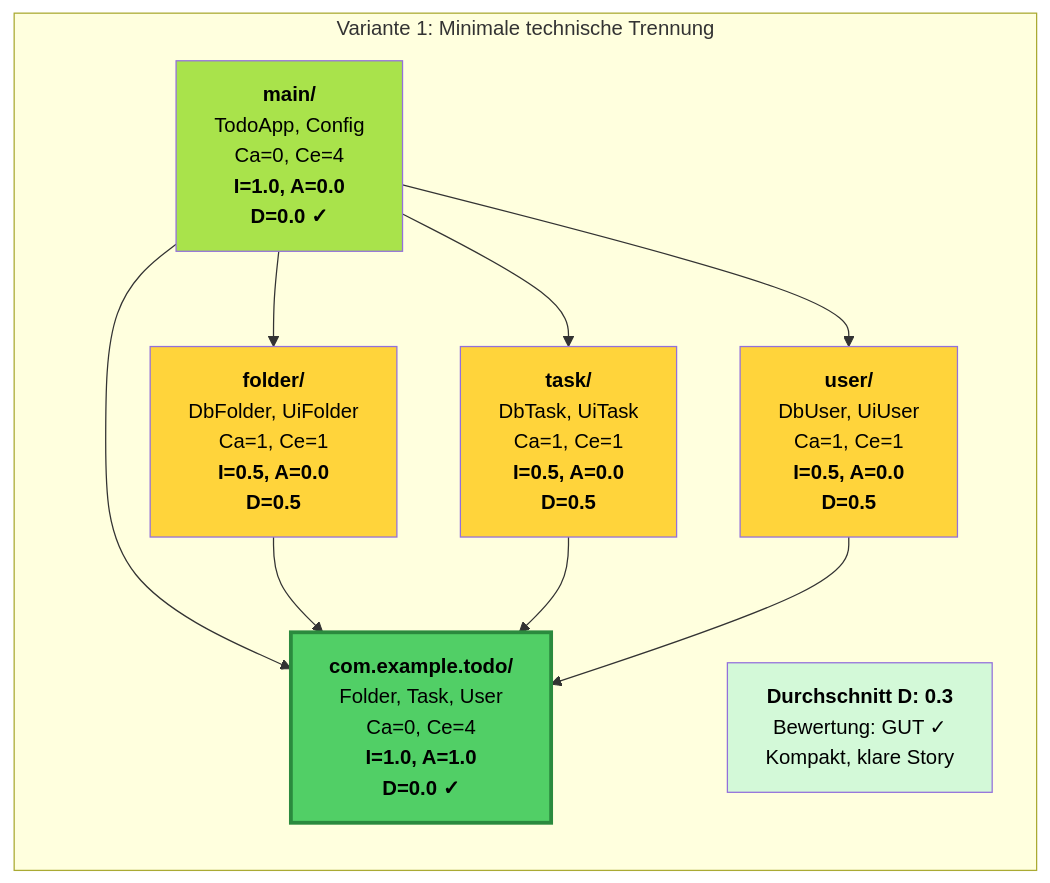
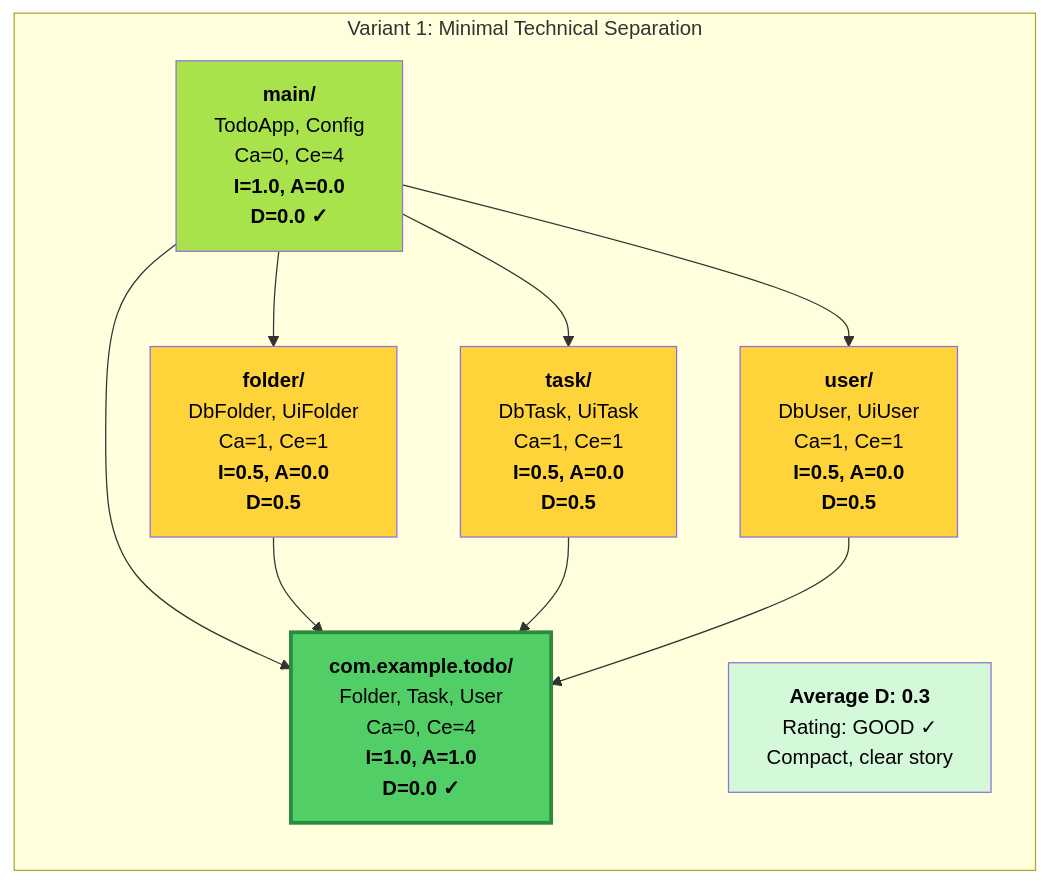
Before and after one commit to andreas-wagner-dev/object-oriented-learning-journey: the first of 15 diagrams in blog/Structure_and_Naming_like_a_Pro.md, drawn with Mermaid. The commit also changed other lines of this file, not shown here.

````diff
--- a/blog/Structure_and_Naming_like_a_Pro.md
+++ b/blog/Structure_and_Naming_like_a_Pro.md
@@ -483,35 +493,35 @@
 ```mermaid
 graph TB
-    subgraph "Variante 1: Minimale technische Trennung"
+    subgraph "Variant 1: Minimal Technical Separation"
         direction TB
         
         V1_ROOT["<b>com.example.todo/</b><br/>Folder, Task, User<br/>Ca=0, Ce=4<br/><b>I=1.0, A=1.0</b><br/><b>D=0.0 ✓</b>"]
         
         V1_FOLDER["<b>folder/</b><br/>DbFolder, UiFolder<br/>Ca=1, Ce=1<br/><b>I=0.5, A=0.0</b><br/><b>D=0.5</b>"]
         
         V1_TASK["<b>task/</b><br/>DbTask, UiTask<br/>Ca=1, Ce=1<br/><b>I=0.5, A=0.0</b><br/><b>D=0.5</b>"]
         
         V1_USER["<b>user/</b><br/>DbUser, UiUser<br/>Ca=1, Ce=1<br/><b>I=0.5, A=0.0</b><br/><b>D=0.5</b>"]
         
-        V1_APP["<b>main/</b><br/>TodoApp, Config<br/>Ca=0, Ce=4<br/><b>I=1.0, A=0.0</b><br/><b>D=0.0 ✓</b>"]
+        V1_MAIN["<b>main/</b><br/>TodoApp, Config<br/>Ca=0, Ce=4<br/><b>I=1.0, A=0.0</b><br/><b>D=0.0 ✓</b>"]
         
-        V1_APP --> V1_ROOT
-        V1_APP --> V1_FOLDER
-        V1_APP --> V1_TASK
-        V1_APP --> V1_USER
+        V1_MAIN --> V1_ROOT
+        V1_MAIN --> V1_FOLDER
+        V1_MAIN --> V1_TASK
+        V1_MAIN --> V1_USER
         
         V1_FOLDER --> V1_ROOT
         V1_TASK --> V1_ROOT
         V1_USER --> V1_ROOT
         
         style V1_ROOT fill:#51cf66,stroke:#2b8a3e,stroke-width:3px,color:#000
         style V1_FOLDER fill:#ffd43b,color:#000
         style V1_TASK fill:#ffd43b,color:#000
         style V1_USER fill:#ffd43b,color:#000
-        style V1_APP fill:#a9e34b,color:#000
+        style V1_MAIN fill:#a9e34b,color:#000
         
-        V1_RESULT["<b>Durchschnitt D: 0.3</b><br/>Bewertung: GUT ✓<br/>Kompakt, klare Story"]
+        V1_RESULT["<b>Average D: 0.3</b><br/>Rating: GOOD ✓<br/>Compact, clear story"]
         style V1_RESULT fill:#d3f9d8,color:#000
     end
 
 ```
````
